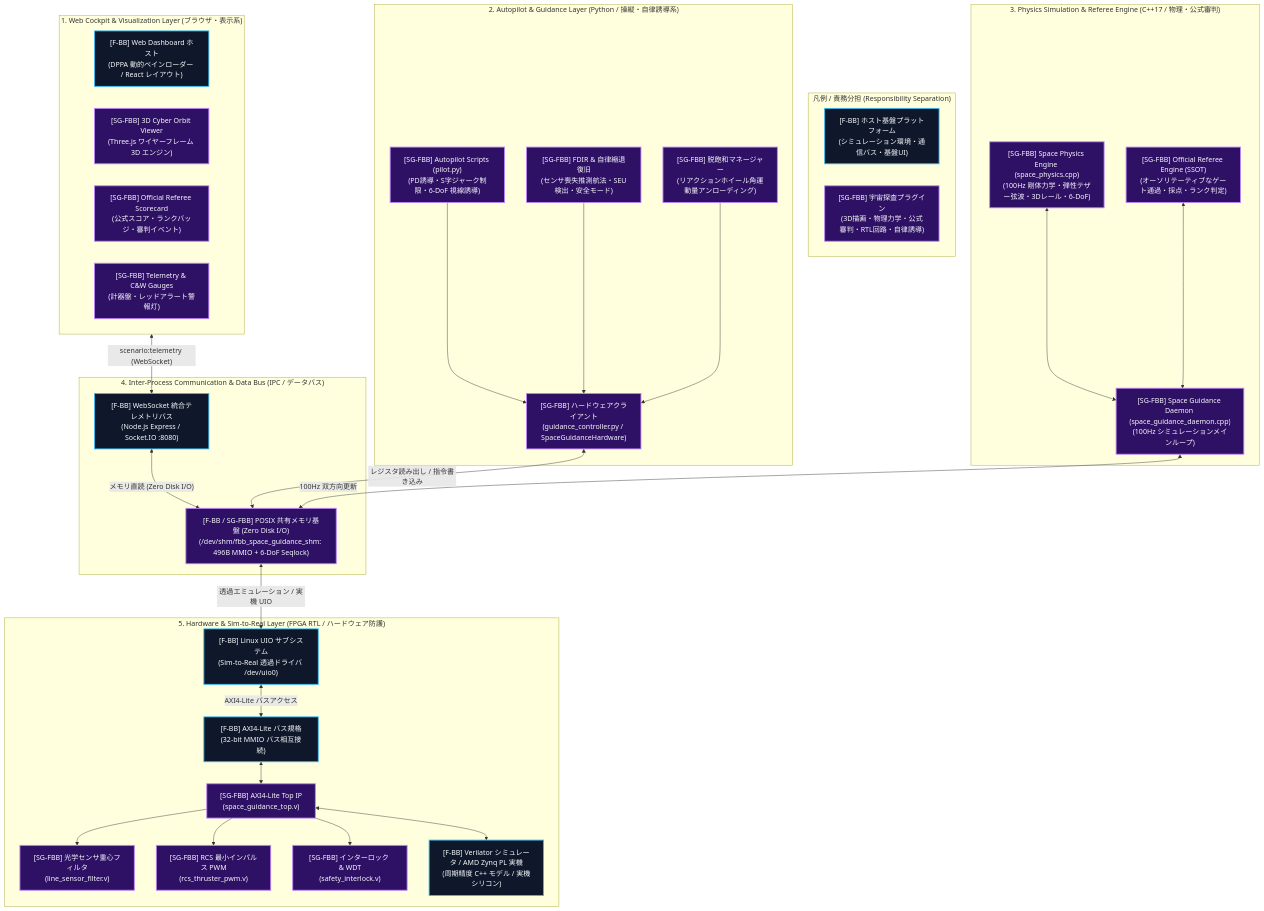
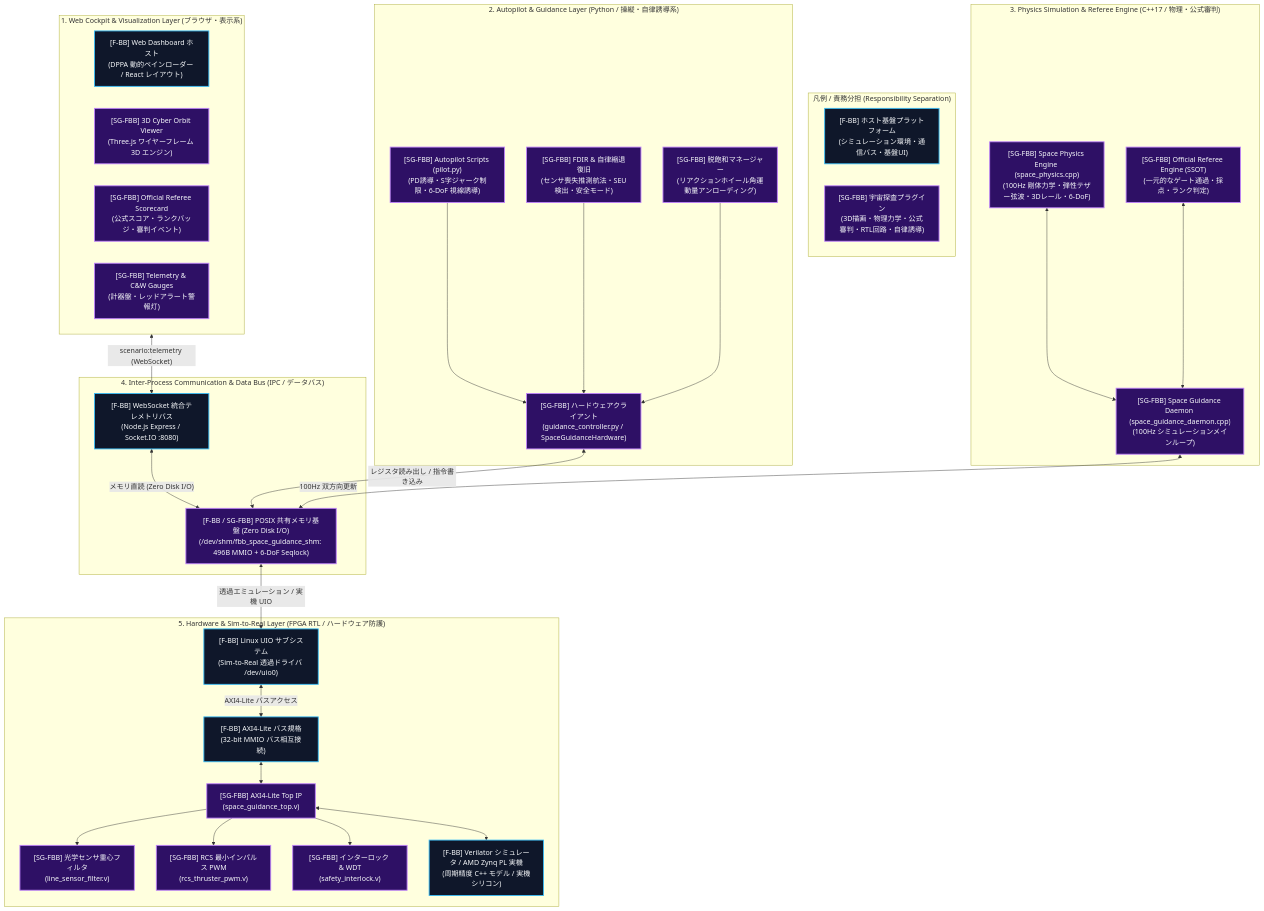
Before and after one commit to sirosiro/SpaceGuidance-FBB: the third of 6 diagrams in README.md, drawn with Mermaid. The commit also changed other lines of this file and 9 other files, not shown here.

````diff
--- a/README.md
+++ b/README.md
@@ -84,70 +84,70 @@
 ```mermaid
 flowchart TB
     %% 凡例 (Legend)
     subgraph LEGEND["凡例 / 責務分担 (Responsibility Separation)"]
         direction LR
         LEG_FBB["[F-BB] ホスト基盤プラットフォーム<br/>(シミュレーション環境・通信バス・基盤UI)"]:::fbb
         LEG_SG["[SG-FBB] 宇宙探査プラグイン<br/>(3D描画・物理力学・公式審判・RTL回路・自律誘導)"]:::sg
     end
 
     subgraph UI["1. Web Cockpit & Visualization Layer (ブラウザ・表示系)"]
         DASH["[F-BB] Web Dashboard ホスト<br/>(DPPA 動的ペインローダー / React レイアウト)"]:::fbb
         ORBIT["[SG-FBB] 3D Cyber Orbit Viewer<br/>(Three.js ワイヤーフレーム 3D エンジン)"]:::sg
         FDIR_UI["[SG-FBB] Official Referee Scorecard<br/>(公式スコア・ランクバッジ・審判イベント)"]:::sg
         TLM_UI["[SG-FBB] Telemetry & C&W Gauges<br/>(計器盤・レッドアラート警報灯)"]:::sg
     end
 
     subgraph SW["2. Autopilot & Guidance Layer (Python / 操縦・自律誘導系)"]
         PILOT["[SG-FBB] Autopilot Scripts (pilot.py)<br/>(PD誘導・S字ジャーク制限・6-DoF 視線誘導)"]:::sg
         FDIR_SW["[SG-FBB] FDIR & 自律縮退復旧<br/>(センサ喪失推測航法・SEU検出・安全モード)"]:::sg
         DESAT["[SG-FBB] 脱飽和マネージャー<br/>(リアクションホイール角運動量アンローディング)"]:::sg
         ROS2["[SG-FBB] ハードウェアクライアント<br/>(guidance_controller.py / SpaceGuidanceHardware)"]:::sg
     end
 
     subgraph SIM["3. Physics Simulation & Referee Engine (C++17 / 物理・公式審判)"]
         PHYS["[SG-FBB] Space Physics Engine (space_physics.cpp)<br/>(100Hz 剛体力学・弾性テザー弦波・3Dレール・6-DoF)"]:::sg
-        REF["[SG-FBB] Official Referee Engine (SSOT)<br/>(オーソリテーティブなゲート通過・採点・ランク判定)"]:::sg
+        REF["[SG-FBB] Official Referee Engine (SSOT)<br/>(一元的なゲート通過・採点・ランク判定)"]:::sg
         DAEMON["[SG-FBB] Space Guidance Daemon (space_guidance_daemon.cpp)<br/>(100Hz シミュレーションメインループ)"]:::sg
     end
 
     subgraph IPC["4. Inter-Process Communication & Data Bus (IPC / データバス)"]
         HTTP_WS["[F-BB] WebSocket 統合テレメトリバス<br/>(Node.js Express / Socket.IO :8080)"]:::fbb
         SHM["[F-BB / SG-FBB] POSIX 共有メモリ基盤 (Zero Disk I/O)<br/>(/dev/shm/fbb_space_guidance_shm: 496B MMIO + 6-DoF Seqlock)"]:::sg
     end
 
     subgraph HW["5. Hardware & Sim-to-Real Layer (FPGA RTL / ハードウェア防護)"]
         UIO["[F-BB] Linux UIO サブシステム<br/>(Sim-to-Real 透過ドライバ /dev/uio0)"]:::fbb
         AXI["[F-BB] AXI4-Lite バス規格<br/>(32-bit MMIO バス相互接続)"]:::fbb
         TOP["[SG-FBB] AXI4-Lite Top IP<br/>(space_guidance_top.v)"]:::sg
         FILTER["[SG-FBB] 光学センサ重心フィルタ<br/>(line_sensor_filter.v)"]:::sg
         PWM["[SG-FBB] RCS 最小インパルス PWM<br/>(rcs_thruster_pwm.v)"]:::sg
         SAFETY["[SG-FBB] インターロック & WDT<br/>(safety_interlock.v)"]:::sg
         SIM_HDL["[F-BB] Verilator シミュレータ / AMD Zynq PL 実機<br/>(周期精度 C++ モデル / 実機シリコン)"]:::fbb
     end
 
     %% Connections
     UI <-->|"scenario:telemetry (WebSocket)"| HTTP_WS
     HTTP_WS <-->|"メモリ直読 (Zero Disk I/O)"| SHM
 
     PILOT --> ROS2
     FDIR_SW --> ROS2
     DESAT --> ROS2
 
     ROS2 <-->|"レジスタ読み出し / 指令書き込み"| SHM
     DAEMON <-->|"100Hz 双方向更新"| SHM
 
     PHYS <--> DAEMON
     REF <--> DAEMON
 
     SHM <-->|"透過エミュレーション / 実機 UIO"| UIO
     UIO <-->|"AXI4-Lite バスアクセス"| AXI
     AXI <--> TOP
     TOP --> FILTER
     TOP --> PWM
     TOP --> SAFETY
     TOP <--> SIM_HDL
 
     %% スタイル定義 (Style Definitions)
     classDef fbb fill:#0f172a,stroke:#38bdf8,stroke-width:2px,color:#f8fafc;
     classDef sg fill:#2e1065,stroke:#c084fc,stroke-width:2px,color:#f8fafc;
 ```
````
